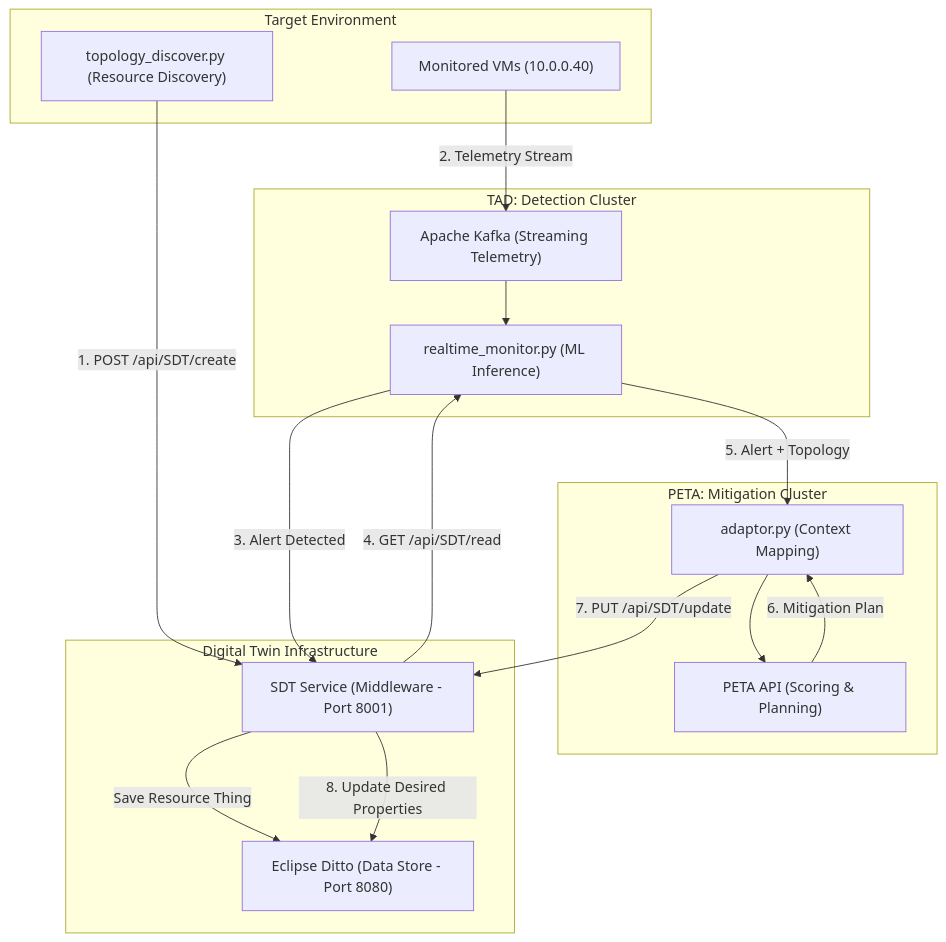
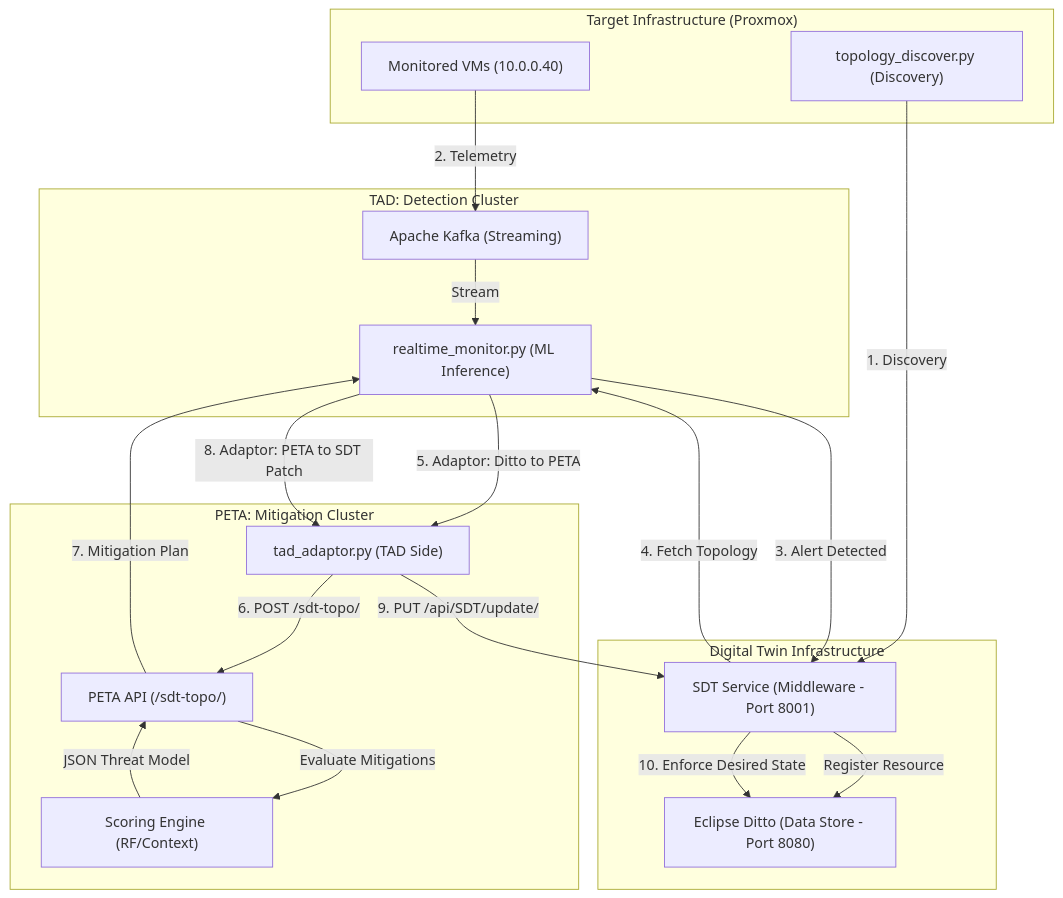
The diagram in README.md (COBALT-PROJECT/TAD-PETA), drawn with Mermaid before and after one commit. The commit also changed other lines of this file and 14 other files, not shown here.

````diff
--- a/README.md
+++ b/README.md
@@ -9,39 +29,43 @@
 ```mermaid
 graph TD
-    subgraph Target_Environment ["Target Environment"]
+    subgraph Target_Environment ["Target Infrastructure (Proxmox)"]
         VMs["Monitored VMs (10.0.0.40)"]
-        TE["topology_discover.py (Resource Discovery)"]
+        TE["topology_discover.py (Discovery)"]
     end
 
     subgraph Monitoring_Pipeline ["TAD: Detection Cluster"]
+        Kafka["Apache Kafka (Streaming)"]
         RM["realtime_monitor.py (ML Inference)"]
-        Kafka["Apache Kafka (Streaming Telemetry)"]
     end
 
     subgraph Intelligent_Remediation ["PETA: Mitigation Cluster"]
-        PA["PETA API (Scoring & Planning)"]
-        Adapt["adaptor.py (Context Mapping)"]
+        API["PETA API (/sdt-topo/)"]
+        Scoring["Scoring Engine (RF/Context)"]
+        Adapt["tad_adaptor.py (TAD Side)"]
     end
 
     subgraph Digital_Twin_Core ["Digital Twin Infrastructure"]
         SDT["SDT Service (Middleware - Port 8001)"]
         DT["Eclipse Ditto (Data Store - Port 8080)"]
     end
 
     %% Discovery Flow
-    TE -->|1. POST /api/SDT/create| SDT
-    SDT -->|Save Resource Thing| DT
+    TE -->|1. Discovery| SDT
+    SDT -->|Register Resource| DT
 
     %% Detection Flow
-    VMs -->|2. Telemetry Stream| Kafka
-    Kafka --> RM
+    VMs -->|2. Telemetry| Kafka
+    Kafka -->|Stream| RM
     
     %% Remediation Loop
     RM -->|3. Alert Detected| SDT
-    SDT -->|4. GET /api/SDT/read| RM
-    RM -->|5. Alert + Topology| Adapt
-    Adapt --> PA
-    PA -->|6. Mitigation Plan| Adapt
-    Adapt -->|7. PUT /api/SDT/update| SDT
-    SDT -->|8. Update Desired Properties| DT
+    SDT -->|4. Fetch Topology| RM
+    RM -->|5. Adaptor: Ditto to PETA| Adapt
+    Adapt -->|6. POST /sdt-topo/| API
+    API -->|Evaluate Mitigations| Scoring
+    Scoring -->|JSON Threat Model| API
+    API -->|7. Mitigation Plan| RM
+    RM -->|8. Adaptor: PETA to SDT Patch| Adapt
+    Adapt -->|9. PUT /api/SDT/update/| SDT
+    SDT -->|10. Enforce Desired State| DT
 ```
````
